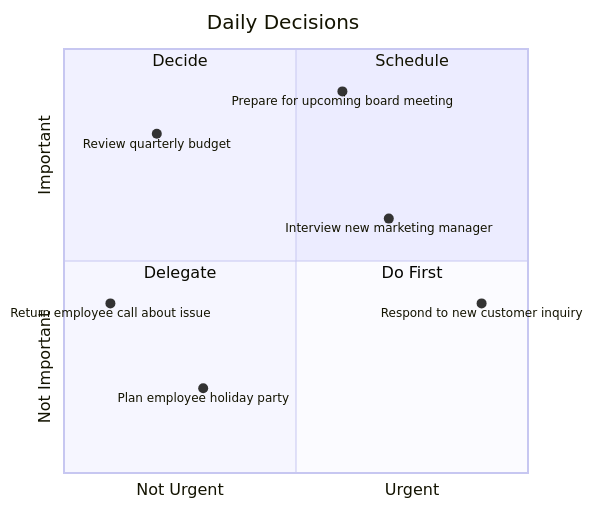
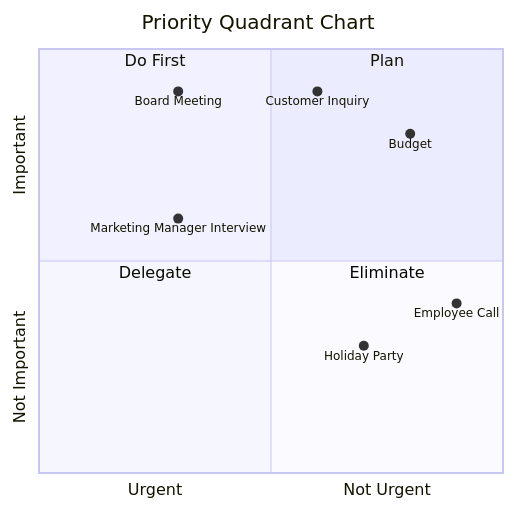
The first of 2 diagrams in 01-articles/llm_ eisenhower/README.md (raphaelmansuy/digital_palace), drawn with Mermaid before and after one commit. The commit also changed other lines of this file, not shown here.

````diff
--- a/01-articles/llm_ eisenhower/README.md
+++ b/01-articles/llm_ eisenhower/README.md
@@ -46,29 +46,20 @@
 ```mermaid
 quadrantChart
+    title Priority Quadrant Chart
 
-    title Daily Decisions
-
-    x-axis Not Urgent --> Urgent
-
+    x-axis Urgent --> Not Urgent
     y-axis Not Important --> Important
 
-    quadrant-1 Schedule
+    quadrant-1 Plan
+    quadrant-2 Do First
+    quadrant-3 Delegate
+    quadrant-4 Eliminate
 
-    quadrant-2 Decide
+    Budget: [0.8, 0.8]
+    Board Meeting: [0.3, 0.9]
+    Employee Call: [0.9, 0.4]
+    Holiday Party: [0.7, 0.3]
+    Marketing Manager Interview: [0.3, 0.6]
+    Customer Inquiry: [0.6, 0.9]
 
-    quadrant-3 Delegate
-
-    quadrant-4 Do First
-
-    Review quarterly budget: [0.2, 0.8] 
-
-    Prepare for upcoming board meeting: [0.6, 0.9]
-
-    Return employee call about issue: [0.1, 0.4]
-
-   Plan employee holiday party: [0.3, 0.2] 
-
-    Interview new marketing manager: [0.7, 0.6]
-
-    Respond to new customer inquiry: [0.9, 0.4]
 ```
````
